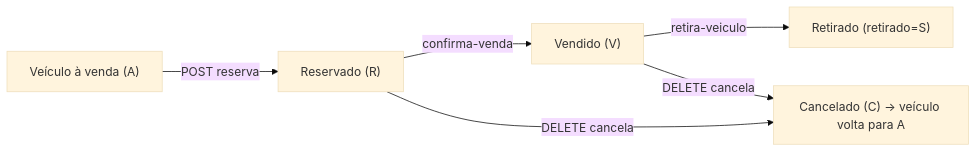
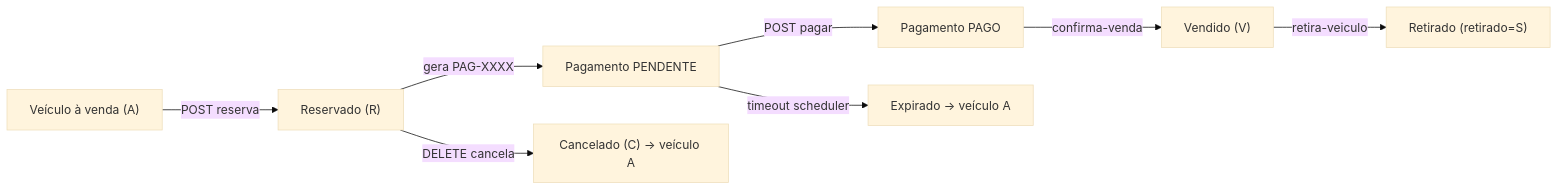
Before and after one commit to guizin9/veiculos-pos-tech: the second of 2 diagrams in README.md, drawn with Mermaid (base theme). The commit also changed other lines of this file and 37 other files, not shown here.

````diff
--- a/README.md
+++ b/README.md
@@ -241,8 +348,10 @@
 ```mermaid
 flowchart LR
     A["Veículo à venda (A)"] -->|POST reserva| B["Reservado (R)"]
-    B -->|confirma-venda| C["Vendido (V)"]
+    B -->|gera PAG-XXXX| P["Pagamento PENDENTE"]
+    P -->|POST pagar| Q["Pagamento PAGO"]
+    Q -->|confirma-venda| C["Vendido (V)"]
     C -->|retira-veiculo| D["Retirado (retirado=S)"]
-    B -->|DELETE cancela| E["Cancelado (C) → veículo volta para A"]
-    C -->|DELETE cancela| E
+    B -->|DELETE cancela| E["Cancelado (C) → veículo A"]
+    P -->|timeout scheduler| F["Expirado → veículo A"]
 ```
````
